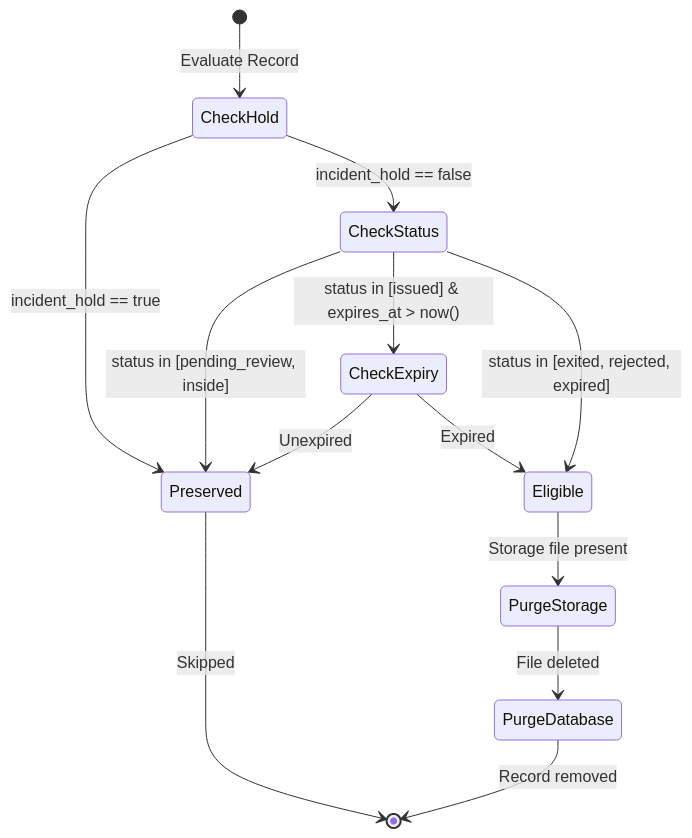
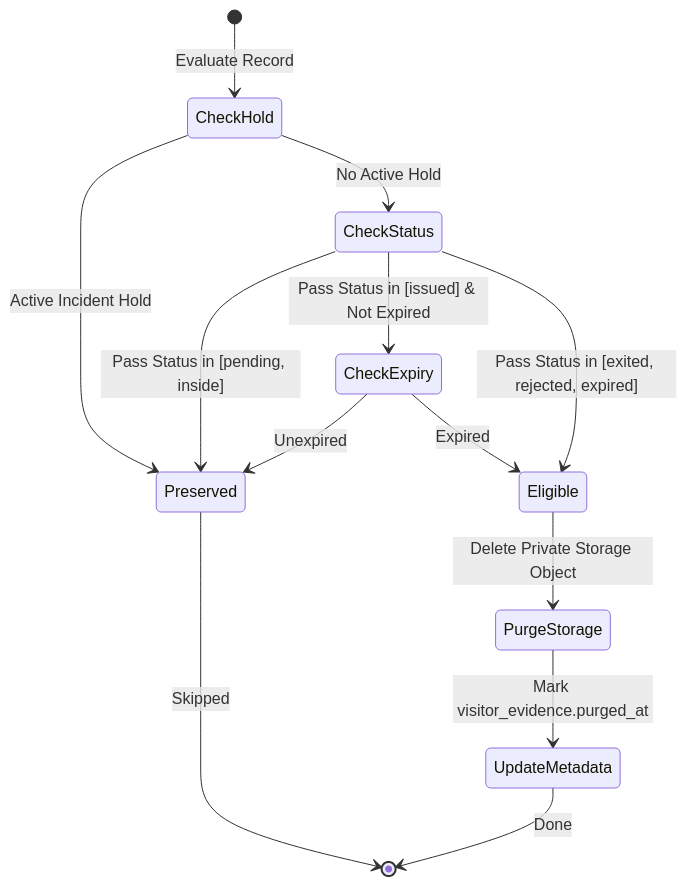
Before and after one commit to jsphhbna/egatepass: the third of 3 diagrams in docs/ENVIRONMENT_AND_CRON.md, drawn with Mermaid. The commit also changed other lines of this file and 13 other files, not shown here.

Commit message:
docs(truthfulness): repair markdown formatting, mermaid blocks, and architectural truthfulness across all active documentation

````diff
--- a/docs/ENVIRONMENT_AND_CRON.md
+++ b/docs/ENVIRONMENT_AND_CRON.md
@@ -79,20 +83,20 @@
 ```mermaid
 stateDiagram-v2
     [*] --> CheckHold: Evaluate Record
 
-    CheckHold --> Preserved: incident_hold == true
-    CheckHold --> CheckStatus: incident_hold == false
+    CheckHold --> Preserved: Active Incident Hold
+    CheckHold --> CheckStatus: No Active Hold
 
-    CheckStatus --> Preserved: status in [pending_review, inside]
-    CheckStatus --> CheckExpiry: status in [issued] & expires_at > now()
-    CheckStatus --> Eligible: status in [exited, rejected, expired]
+    CheckStatus --> Preserved: Pass Status in [pending, inside]
+    CheckStatus --> CheckExpiry: Pass Status in [issued] & Not Expired
+    CheckStatus --> Eligible: Pass Status in [exited, rejected, expired]
 
     CheckExpiry --> Preserved: Unexpired
     CheckExpiry --> Eligible: Expired
 
-    Eligible --> PurgeStorage: Storage file present
-    PurgeStorage --> PurgeDatabase: File deleted
-    PurgeDatabase --> [*]: Record removed
+    Eligible --> PurgeStorage: Delete Private Storage Object
+    PurgeStorage --> UpdateMetadata: Mark visitor_evidence.purged_at
+    UpdateMetadata --> [*]: Done
 
     Preserved --> [*]: Skipped
 ```
````
